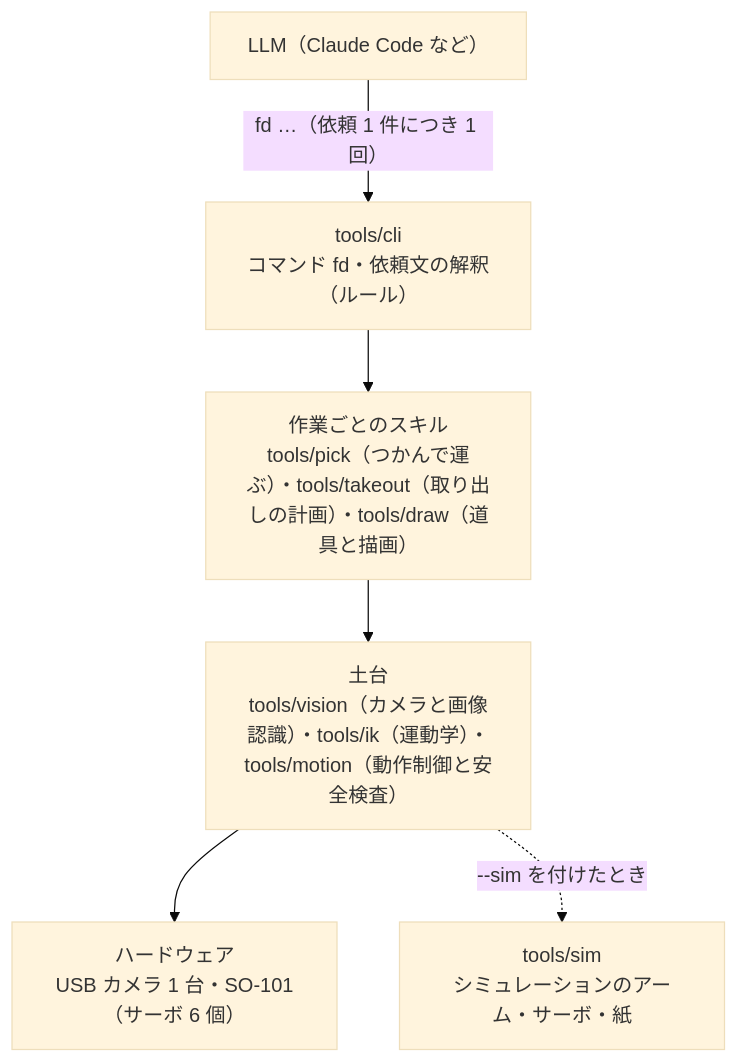
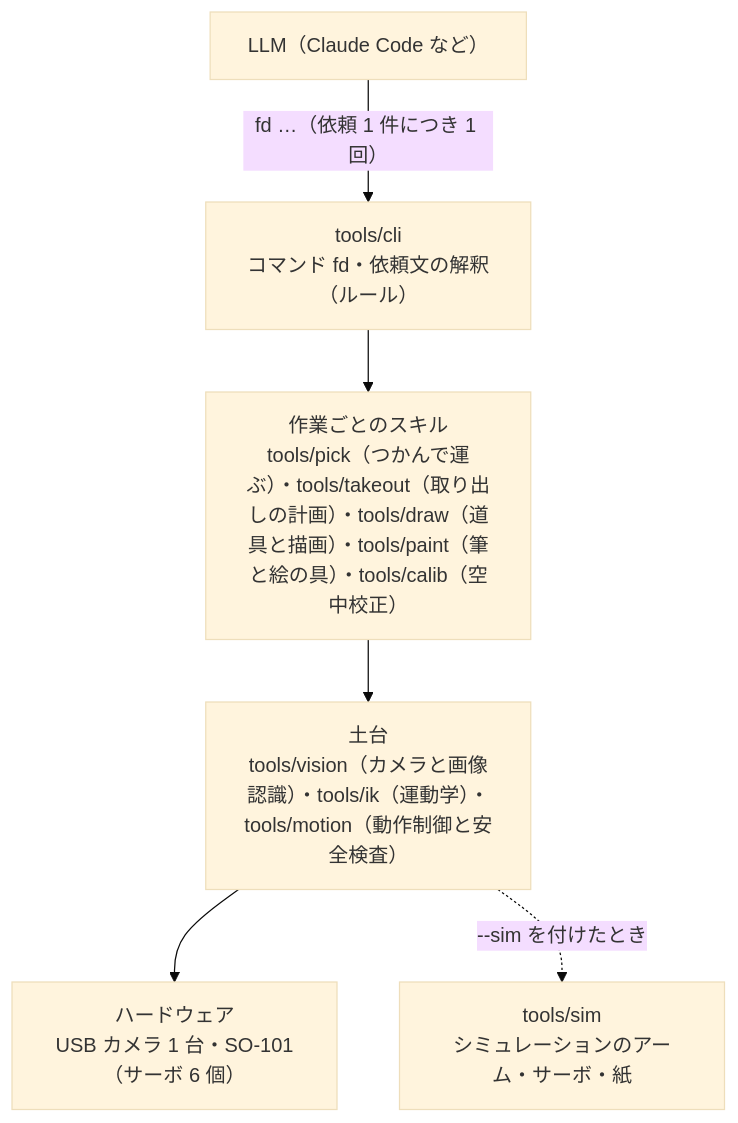
The third of 3 diagrams in README.md (FaBoAI/Tazuna), drawn with Mermaid (base theme) before and after one commit. The commit also changed other lines of this file and 44 other files, not shown here.

````diff
--- a/README.md
+++ b/README.md
@@ -110,11 +117,11 @@
 ```mermaid
 flowchart TB
     L["LLM（Claude Code など）"]
     C["tools/cli<br>コマンド fd・依頼文の解釈（ルール）"]
-    S["作業ごとのスキル<br>tools/pick（つかんで運ぶ）・tools/takeout（取り出しの計画）・tools/draw（道具と描画）"]
+    S["作業ごとのスキル<br>tools/pick（つかんで運ぶ）・tools/takeout（取り出しの計画）・tools/draw（道具と描画）・tools/paint（筆と絵の具）・tools/calib（空中校正）"]
     B["土台<br>tools/vision（カメラと画像認識）・tools/ik（運動学）・tools/motion（動作制御と安全検査）"]
     H["ハードウェア<br>USB カメラ 1 台・SO-101（サーボ 6 個）"]
     X["tools/sim<br>シミュレーションのアーム・サーボ・紙"]
     L -- "fd …（依頼 1 件につき 1 回）" --> C --> S --> B --> H
     B -. "--sim を付けたとき" .-> X
 ```
````
